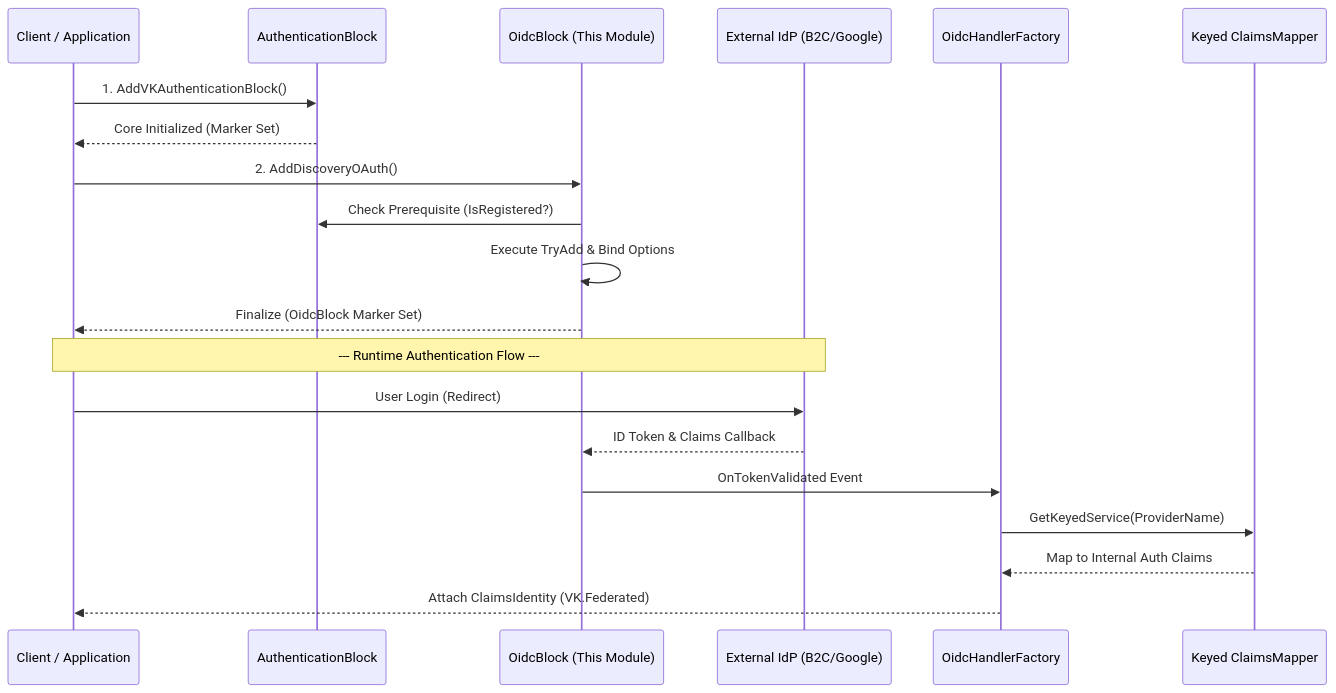
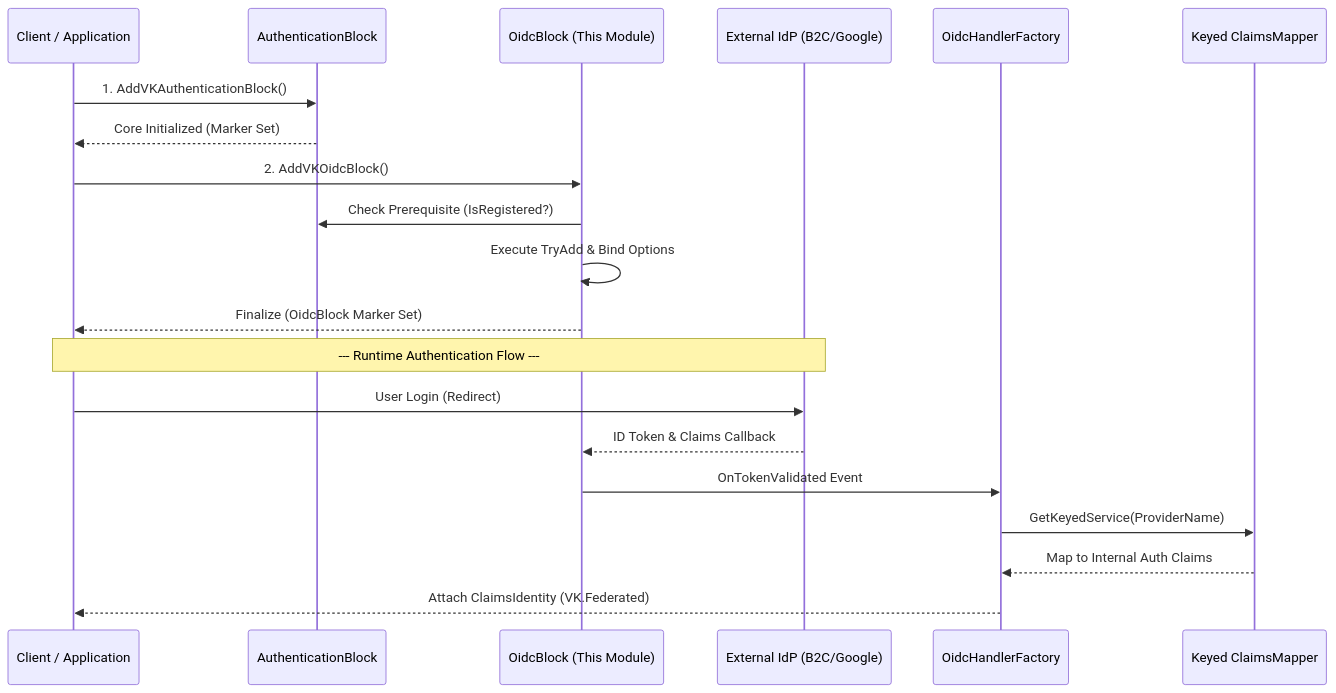
The diagram in src/BuildingBlocks/Authentication.OpenIdConnect/README.md (ViktorLK/VK-Common-BE), drawn with Mermaid before and after one commit. The commit also changed other lines of this file and 111 other files, not shown here.

````diff
--- a/src/BuildingBlocks/Authentication.OpenIdConnect/README.md
+++ b/src/BuildingBlocks/Authentication.OpenIdConnect/README.md
@@ -21,26 +21,26 @@
 ```mermaid
 sequenceDiagram
     participant App as Client / Application
     participant Core as AuthenticationBlock
     participant Oidc as OidcBlock (This Module)
     participant OAuth as External IdP (B2C/Google)
     participant Factory as OidcHandlerFactory
     participant Mapper as Keyed ClaimsMapper
 
     App->>Core: 1. AddVKAuthenticationBlock()
     Core-->>App: Core Initialized (Marker Set)
     
-    App->>Oidc: 2. AddDiscoveryOAuth()
+    App->>Oidc: 2. AddVKOidcBlock()
     Oidc->>Core: Check Prerequisite (IsRegistered?)
     Oidc->>Oidc: Execute TryAdd & Bind Options
     Oidc-->>App: Finalize (OidcBlock Marker Set)
 
     Note over App,OAuth: --- Runtime Authentication Flow ---
     
     App->>OAuth: User Login (Redirect)
     OAuth-->>Oidc: ID Token & Claims Callback
     Oidc->>Factory: OnTokenValidated Event
     Factory->>Mapper: GetKeyedService(ProviderName)
     Mapper-->>Factory: Map to Internal Auth Claims
     Factory-->>App: Attach ClaimsIdentity (VK.Federated)
 ```
````
